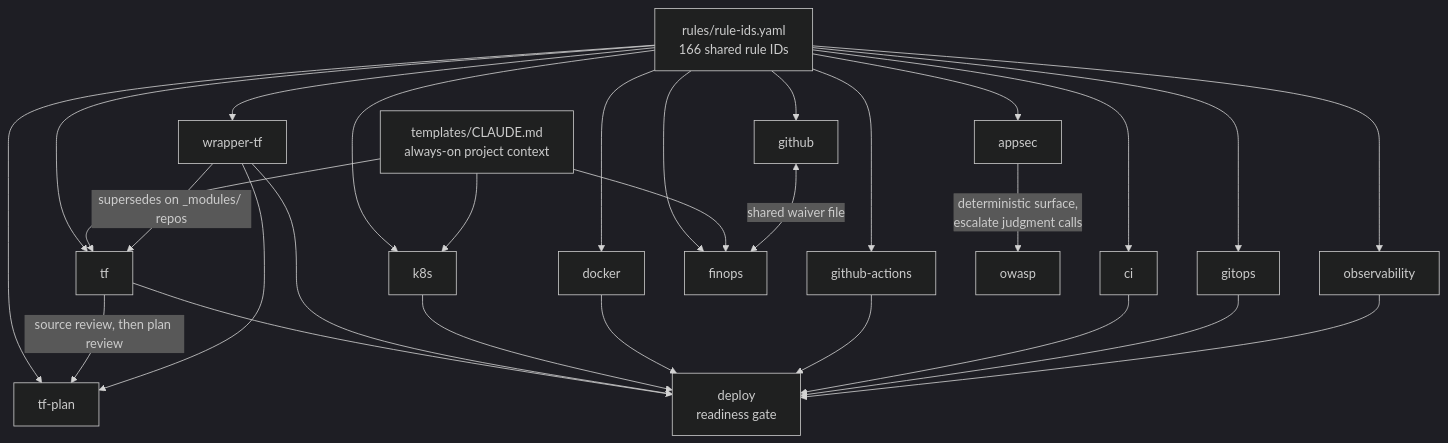
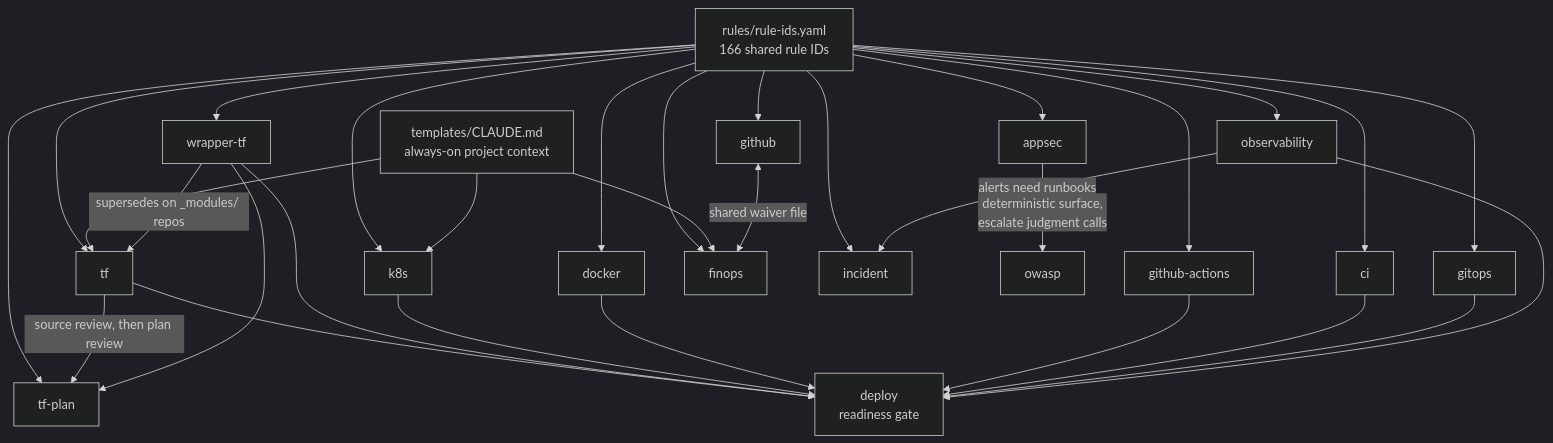
One commit to anmolnagpal/devops-skills changed the diagram in README.md. Above: the diagram before and after it, drawn with Mermaid (dark theme). The commit also changed other lines of this file and 13 other files, not shown here.

````diff
--- a/README.md
+++ b/README.md
@@ -245,52 +246,55 @@
 ```mermaid
 flowchart TD
     REG["rules/rule-ids.yaml<br/>166 shared rule IDs"]
     CTX["templates/CLAUDE.md<br/>always-on project context"]
 
     TF["tf"]
     WTF["wrapper-tf"]
     TFP["tf-plan"]
     K8S["k8s"]
     DOCK["docker"]
     GHA["github-actions"]
     CI["ci"]
     GOP["gitops"]
     DEP["deploy<br/>readiness gate"]
     GH["github"]
     FIN["finops"]
     OBS["observability"]
+    INC["incident"]
     OW["owasp"]
     APP["appsec"]
 
     REG --> TF
     REG --> WTF
     REG --> TFP
     REG --> K8S
     REG --> DOCK
     REG --> GHA
     REG --> CI
     REG --> GOP
     REG --> GH
     REG --> APP
     REG --> FIN
     REG --> OBS
+    REG --> INC
     CTX --> TF
     CTX --> K8S
     CTX --> FIN
 
     WTF -->|"supersedes on _modules/ repos"| TF
     TF -->|"source review, then plan review"| TFP
     WTF --> TFP
 
     TF --> DEP
     WTF --> DEP
     K8S --> DEP
     DOCK --> DEP
     GHA --> DEP
     CI --> DEP
     GOP --> DEP
     OBS --> DEP
+    OBS -->|"alerts need runbooks"| INC
 
     GH <-->|"shared waiver file"| FIN
     APP -->|"deterministic surface,<br/>escalate judgment calls"| OW
 ```
````
